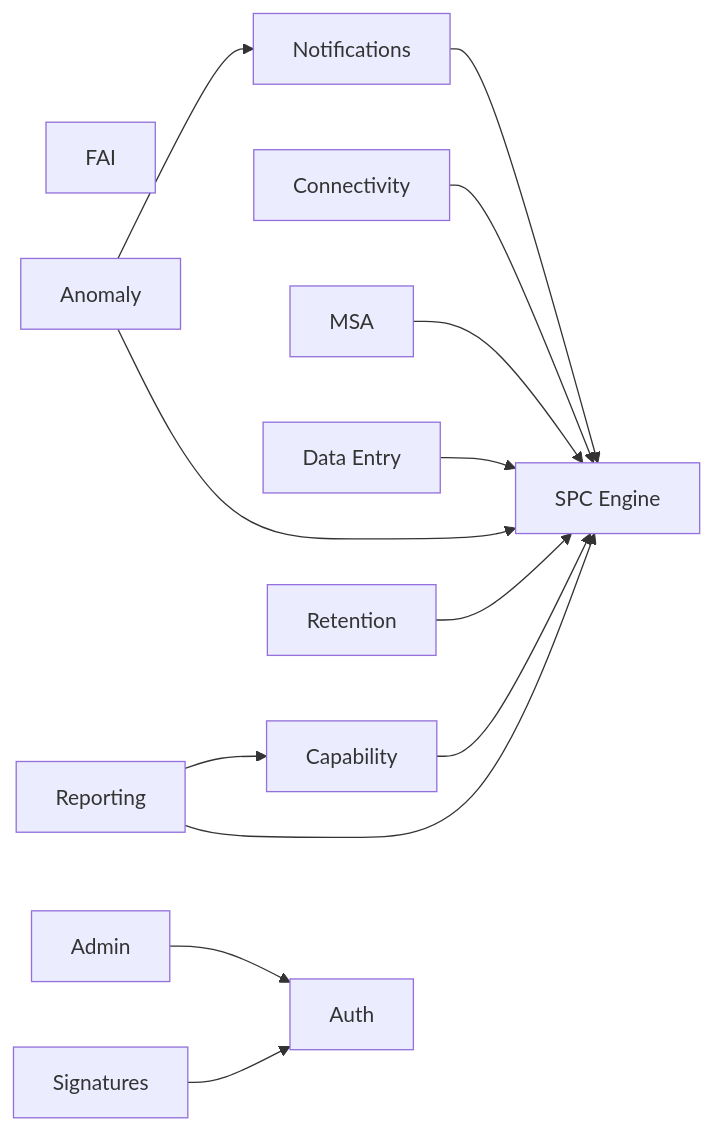
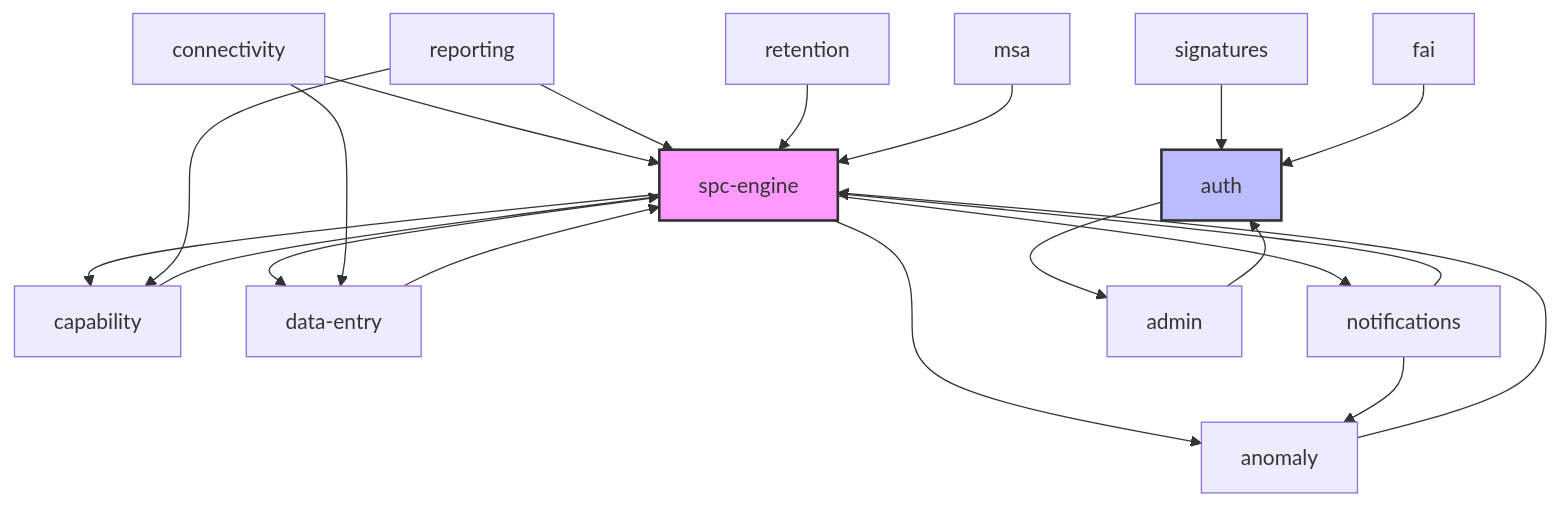
Before and after one commit to saturnis-io/cassini: the first of 4 diagrams in .knowledge/ARCHITECTURE.md, drawn with Mermaid. The commit also changed other lines of this file and 15 other files, not shown here.

Commit message:
knowledge-graph: regenerate

````diff
--- a/.knowledge/ARCHITECTURE.md
+++ b/.knowledge/ARCHITECTURE.md
@@ -9,43 +7,25 @@
 ```mermaid
-graph LR
-    spc-engine[SPC Engine]
-    capability[Capability]
-    connectivity[Connectivity]
-    msa[MSA]
-    fai[FAI]
-    data-entry[Data Entry]
-    notifications[Notifications]
-    signatures[Signatures]
-    anomaly[Anomaly]
-    retention[Retention]
-    auth[Auth]
-    admin[Admin]
-    reporting[Reporting]
+flowchart TD
+    SPC[spc-engine] --> CAP[capability]
+    SPC --> DE[data-entry]
+    SPC --> AN[anomaly]
+    SPC --> NOT[notifications]
+    DE --> SPC
+    CONN[connectivity] --> SPC
+    CONN --> DE
+    CAP --> SPC
+    REP[reporting] --> SPC
+    REP --> CAP
+    SIG[signatures] --> AUTH[auth]
+    AUTH --> ADM[admin]
+    ADM --> AUTH
+    RET[retention] --> SPC
+    MSA[msa] --> SPC
+    FAI[fai] --> AUTH
+    AN --> SPC
+    NOT --> SPC
+    NOT --> AN
 
-    data-entry --> spc-engine
-    capability --> spc-engine
-    anomaly --> spc-engine
-    anomaly --> notifications
-    connectivity --> spc-engine
-    msa --> spc-engine
-    reporting --> spc-engine
-    reporting --> capability
-    signatures --> auth
-    retention --> spc-engine
-    notifications --> spc-engine
-    admin --> auth
-
-    click spc-engine "features/spc-engine.md"
-    click capability "features/capability.md"
-    click connectivity "features/connectivity.md"
-    click msa "features/msa.md"
-    click fai "features/fai.md"
-    click data-entry "features/data-entry.md"
-    click notifications "features/notifications.md"
-    click signatures "features/signatures.md"
-    click anomaly "features/anomaly.md"
-    click retention "features/retention.md"
-    click auth "features/auth.md"
-    click admin "features/admin.md"
-    click reporting "features/reporting.md"
+    style SPC fill:#f9f,stroke:#333,stroke-width:2px
+    style AUTH fill:#bbf,stroke:#333,stroke-width:2px
 ```
````
